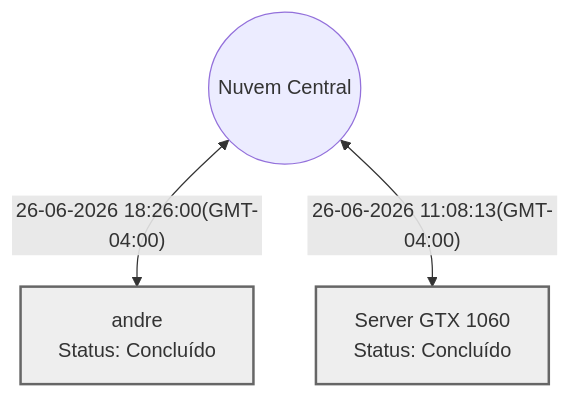
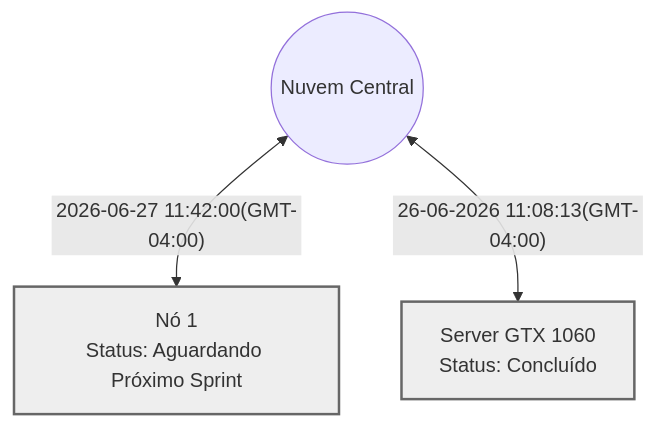
The diagram in README.md (vitalia-platform/agente-local-context), drawn with Mermaid before and after one commit. The commit also changed other lines of this file and 1 other file, not shown here.

````diff
--- a/README.md
+++ b/README.md
@@ -10,10 +10,10 @@
 ```mermaid
 graph TD
   Cloud((Nuvem Central))
-  e5897140["andre<br/>Status: Concluído"]
-  Cloud <-->|"26-06-2026 18:26:00(GMT-04:00)"| e5897140
+  e5897140["Nó 1<br/>Status: Aguardando Próximo Sprint"]
+  Cloud <-->|"2026-06-27 11:42:00(GMT-04:00)"| e5897140
   style e5897140 stroke:#666,stroke-width:2px,fill:#eee,color:#333
   e55b4d1f["Server GTX 1060<br/>Status: Concluído"]
   Cloud <-->|"26-06-2026 11:08:13(GMT-04:00)"| e55b4d1f
   style e55b4d1f stroke:#666,stroke-width:2px,fill:#eee,color:#333
 ```
````
